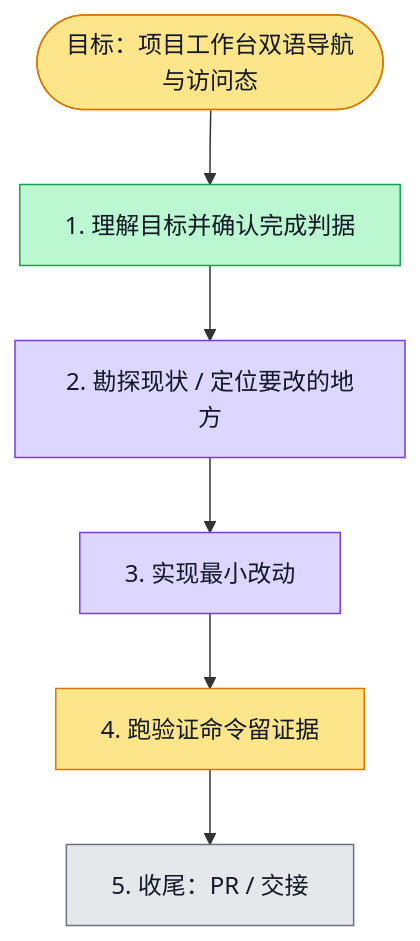
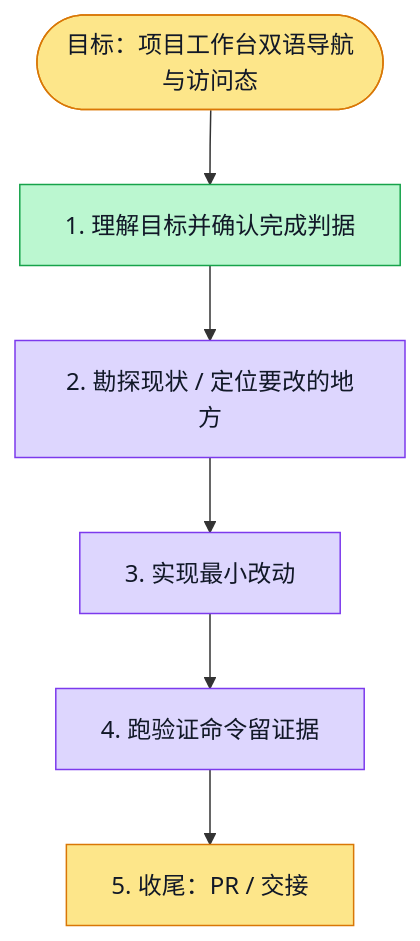
The diagram in docs/design/i18n-project-workbench/plan.md (boardx/workspacex), drawn with Mermaid before and after one commit. The commit also changed 8 other files, not shown here.

````diff
--- a/docs/design/i18n-project-workbench/plan.md
+++ b/docs/design/i18n-project-workbench/plan.md
@@ -17,26 +17,27 @@
 ```mermaid
 flowchart TD
   G([目标：项目工作台双语导航与访问态])
   S1[1. 理解目标并确认完成判据]
   S2[2. 勘探现状 / 定位要改的地方]
   S3[3. 实现最小改动]
   S4[4. 跑验证命令留证据]
   S5[5. 收尾：PR / 交接]
 
   G --> S1 --> S2 --> S3 --> S4 --> S5
 
   classDef todo fill:#e5e7eb,stroke:#6b7280,color:#111827
   classDef doing fill:#fde68a,stroke:#d97706,color:#111827
   classDef done fill:#bbf7d0,stroke:#16a34a,color:#111827
   classDef tested fill:#ddd6fe,stroke:#7c3aed,color:#111827
   classDef blocked fill:#fecaca,stroke:#dc2626,color:#111827
 
   class G doing
   class S1 done
   class S2 tested
   %% evidence S2: /tmp/i18n-project-workbench-red.log:3 newfail18oldpass; canonical helpers inspected
   class S3 tested
   %% evidence S3: /tmp/i18n-project-workbench-unit.log:34/34; web tsc0; targeted ESLint0; UI wiring0
-  class S4 doing
-  class S5 todo
+  class S4 tested
+  %% evidence S4: resume-browser.log actual3/3 retries0 at0bf8;375/1280screens inspected/fullrow>=80%;cleanup2s/all11ports0;current34units/type/lint0
+  class S5 doing
 ```
````
